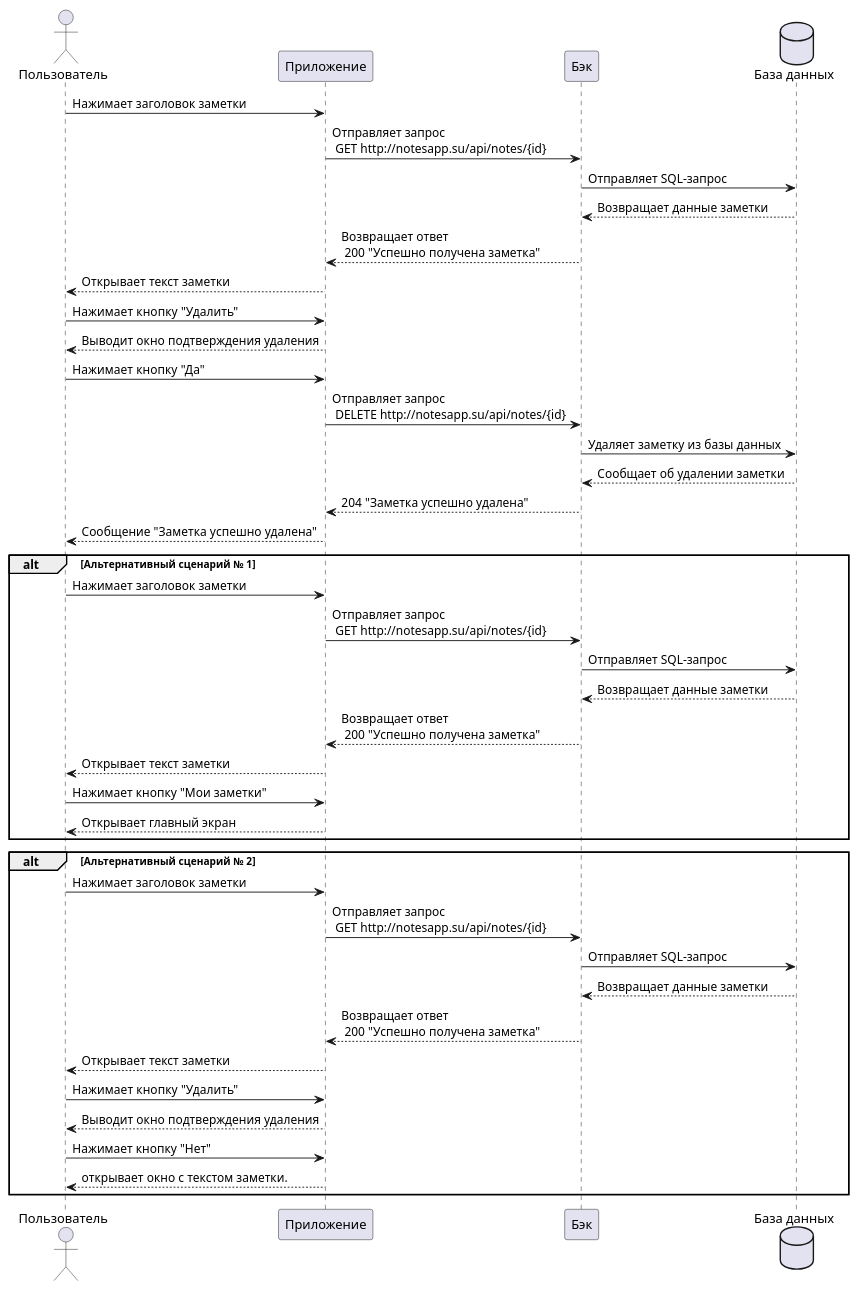
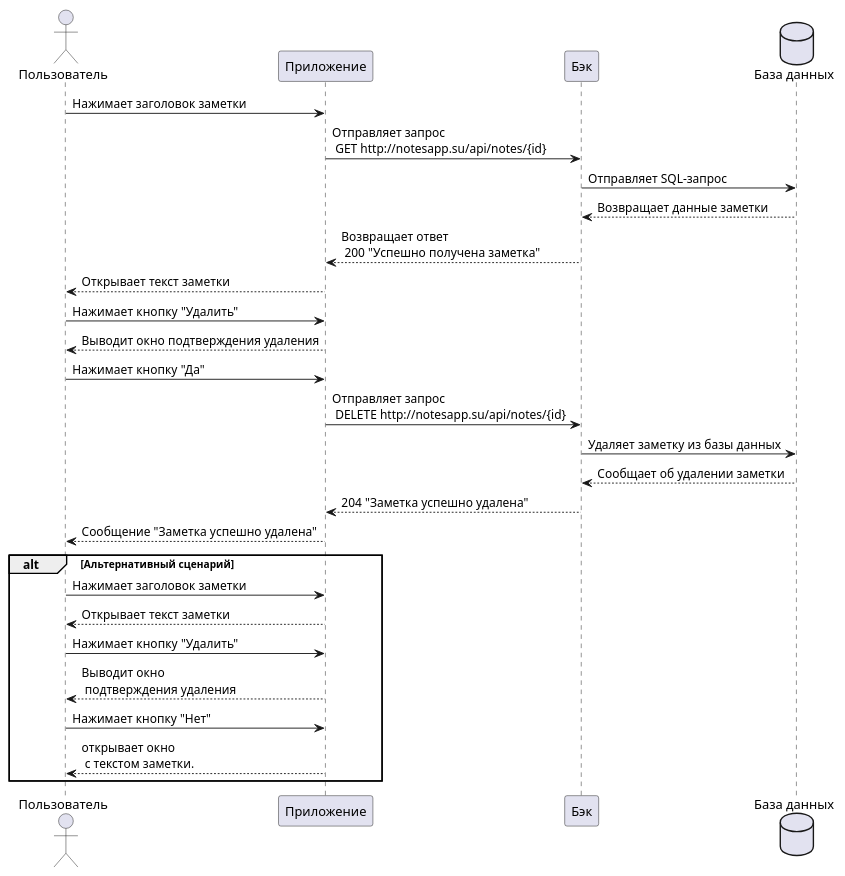
Before and after one commit to mtarelkina/omg-whats-the-hell-is-this: the second of 2 diagrams in docs/notsapp/notapp.md, drawn with PlantUML.

````diff
--- a/docs/notsapp/notapp.md
+++ b/docs/notsapp/notapp.md
@@ -135,50 +135,36 @@
     ```plantuml
 
     @startuml
     actor Пользователь
     participant Приложение
     participant Бэк
     database "База данных"
 
     Пользователь -> Приложение: Нажимает заголовок заметки
     Приложение -> Бэк: Отправляет запрос \n GET http://notesapp.su/api/notes/{id} 
     Бэк -> "База данных": Отправляет SQL-запрос
     Бэк <-- "База данных": Возвращает данные заметки
     Приложение <-- Бэк: Возвращает ответ \n 200 "Успешно получена заметка"
     Пользователь <-- Приложение: Открывает текст заметки
     Пользователь -> Приложение: Нажимает кнопку "Удалить"
     Пользователь <-- Приложение: Выводит окно подтверждения удаления
     Пользователь -> Приложение: Нажимает кнопку "Да"
     Приложение -> Бэк: Отправляет запрос \n DELETE http://notesapp.su/api/notes/{id}
     Бэк -> "База данных": Удаляет заметку из базы данных
     Бэк <-- "База данных": Сообщает об удалении заметки
     Приложение <-- Бэк: 204 "Заметка успешно удалена"
     Пользователь <-- Приложение: Сообщение "Заметка успешно удалена"
 
-    alt Альтернативный сценарий № 1
+    
+    alt Альтернативный сценарий
     Пользователь -> Приложение: Нажимает заголовок заметки
-    Приложение -> Бэк: Отправляет запрос \n GET http://notesapp.su/api/notes/{id} 
-    Бэк -> "База данных": Отправляет SQL-запрос
-    Бэк <-- "База данных": Возвращает данные заметки
-    Приложение <-- Бэк: Возвращает ответ \n 200 "Успешно получена заметка"
-    Пользователь <-- Приложение: Открывает текст заметки
-    Пользователь -> Приложение: Нажимает кнопку "Мои заметки"
-    Пользователь <-- Приложение: Открывает главный экран
-    end alt
-
-    alt Альтернативный сценарий № 2
-    Пользователь -> Приложение: Нажимает заголовок заметки
-    Приложение -> Бэк: Отправляет запрос \n GET http://notesapp.su/api/notes/{id} 
-    Бэк -> "База данных": Отправляет SQL-запрос
-    Бэк <-- "База данных": Возвращает данные заметки
-    Приложение <-- Бэк: Возвращает ответ \n 200 "Успешно получена заметка"
     Пользователь <-- Приложение: Открывает текст заметки
     Пользователь -> Приложение: Нажимает кнопку "Удалить"
-    Пользователь <-- Приложение: Выводит окно подтверждения удаления
+    Пользователь <-- Приложение: Выводит окно \n подтверждения удаления
     Пользователь -> Приложение: Нажимает кнопку "Нет"
-    Пользователь <-- Приложение: открывает окно с текстом заметки.
+    Пользователь <-- Приложение: открывает окно \n с текстом заметки.
     end alt
 
     @enduml
 
     ```
````
